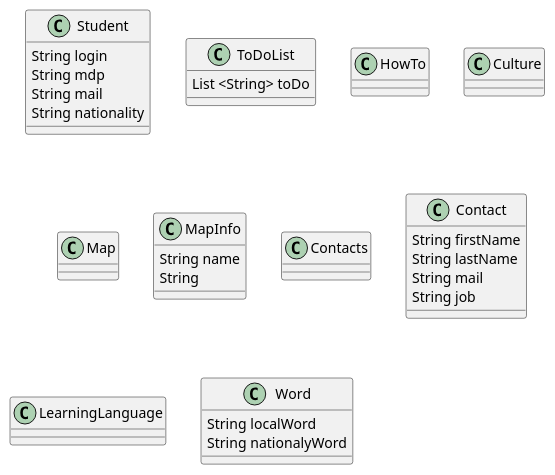
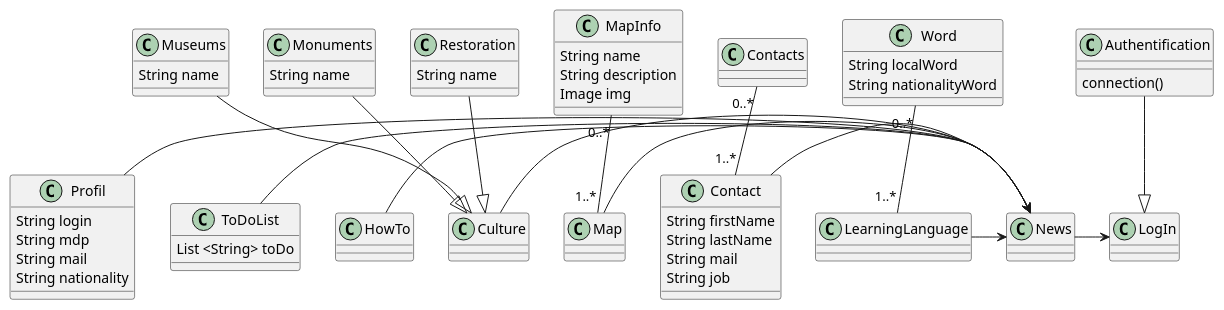
The diagram in diagrams/Classe/NantErasmus.puml (Miage-Paris-Ouest/m1c20152016-mobonline), drawn with PlantUML before and after one commit.

Commit message:
class diagram

```diff
--- a/diagrams/Classe/NantErasmus.puml
+++ b/diagrams/Classe/NantErasmus.puml
@@ -1,68 +1,131 @@
 @startuml
 
-class Student{
-    String login
-    String mdp
-    String mail
-    String nationality
-}
-
-class ToDoList{
-    List <String> toDo
-
-}
-
-class HowTo{
-
-}
-
-class Culture{
 
 
-}
+    class News{
+
+    }
 
 
-class Map{
+
+    class LogIn{
+
+    }
 
 
-}
+    class Authentification{
+        connection()
+    }
 
-class MapInfo{
-    String name
-    String 
+    class Profil{
+        String login
+        String mdp
+        String mail
+        String nationality
 
-
-}
-
-
-class Contacts{
-
-
-}
-
-class Contact{
-    String firstName
-    String lastName
-    String mail
-    String job
+    }
 
 
 
 
-}
+
+    class HowTo{
+
+    }
+
+    class ToDoList{
+        List <String> toDo
+
+    }
 
 
-class LearningLanguage{
+    class Culture{
 
 
-}
+    }
 
-class Word{
-    String localWord
-    String nationalyWord
+    class Museums{
+        String name
 
-}
+
+    }
+
+    class Monuments{
+        String name
+
+    }
+
+    class Restoration{
+        String name
+
+    }
+
+
+    class Map{
+
+
+    }
+
+    class MapInfo{
+        String name
+        String description
+        Image img
+
+
+    }
+
+
+    class Contacts{
+
+
+    }
+
+    class Contact{
+        String firstName
+        String lastName
+        String mail
+        String job
+
+
+
+
+    }
+
+
+    class LearningLanguage{
+
+
+    }
+
+    class Word{
+        String localWord
+        String nationalityWord
+
+    }
+
+    News -> LogIn
+    Profil ->News
+    ToDoList -> News
+    HowTo -> News
+    Culture -> News
+    Map -> News
+    Contact -> News
+    LearningLanguage -> News
+
+    Museums --|> Culture
+    Monuments --|> Culture
+    Restoration --|> Culture
+
+
+    Contacts "0..*" -- "1..*" Contact
+
+    Word "0..*" -- "1..*" LearningLanguage
+
+
+    MapInfo "0..*" -- "1..*" Map
+
+    Authentification --|> LogIn
 
 
 
 @enduml
```
